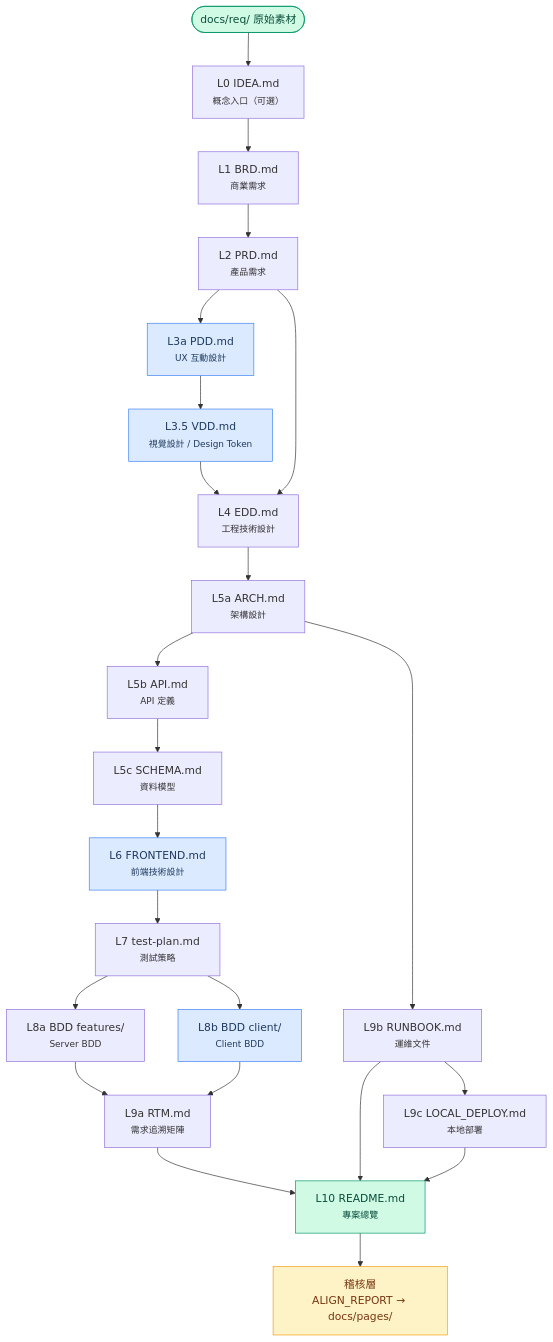
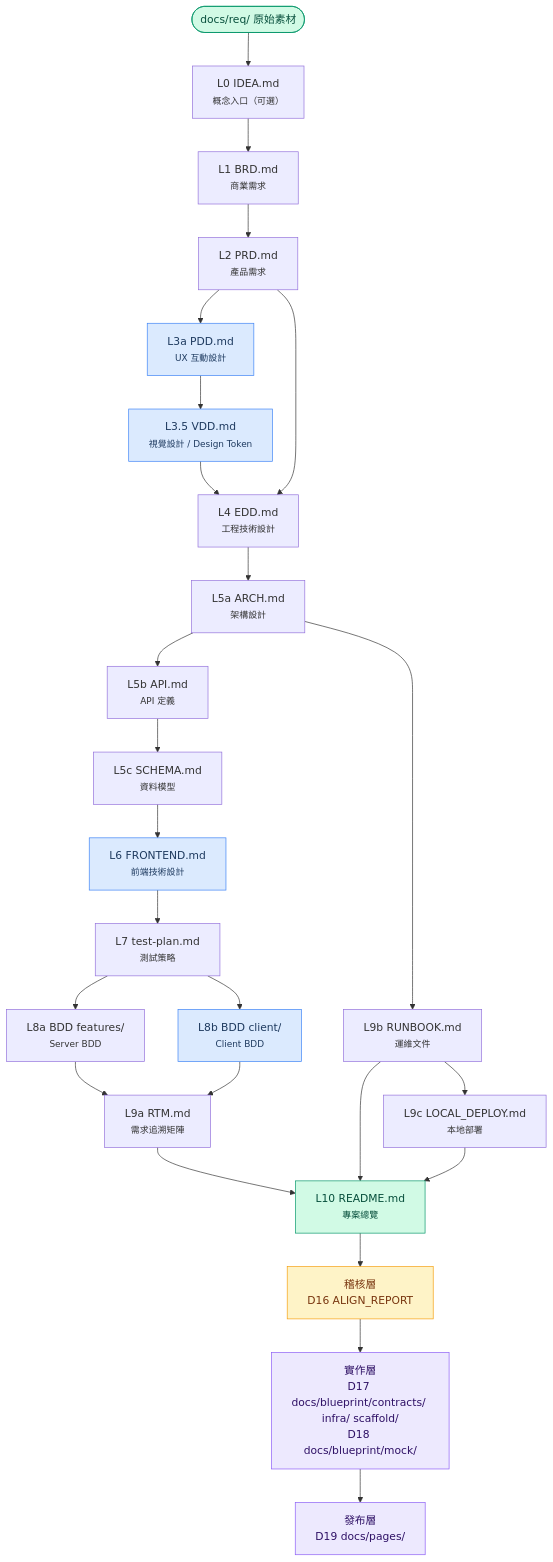
One commit to ibalasite/gendoc changed the third of 4 diagrams in docs/PRD.md. Above: the diagram before and after it, drawn with Mermaid. The commit also changed other lines of this file and 4 other files, not shown here.

First line of the commit message:
docs(gendoc): v2.1 — D17-CONTRACTS + D18-MOCK pipeline restructure

````diff
--- a/docs/PRD.md
+++ b/docs/PRD.md
@@ -509,40 +518,44 @@
 ```mermaid
 graph TD
     REQ([docs/req/ 原始素材])
     L0["L0 IDEA.md<br/><small>概念入口（可選）</small>"]
     L1["L1 BRD.md<br/><small>商業需求</small>"]
     L2["L2 PRD.md<br/><small>產品需求</small>"]
     L3a["L3a PDD.md<br/><small>UX 互動設計</small>"]
     L35["L3.5 VDD.md<br/><small>視覺設計 / Design Token</small>"]
     L4["L4 EDD.md<br/><small>工程技術設計</small>"]
     L5a["L5a ARCH.md<br/><small>架構設計</small>"]
     L5b["L5b API.md<br/><small>API 定義</small>"]
     L5c["L5c SCHEMA.md<br/><small>資料模型</small>"]
     L6["L6 FRONTEND.md<br/><small>前端技術設計</small>"]
     L7["L7 test-plan.md<br/><small>測試策略</small>"]
     L8a["L8a BDD features/<br/><small>Server BDD</small>"]
     L8b["L8b BDD client/<br/><small>Client BDD</small>"]
     L9a["L9a RTM.md<br/><small>需求追溯矩陣</small>"]
     L9b["L9b RUNBOOK.md<br/><small>運維文件</small>"]
     L9c["L9c LOCAL_DEPLOY.md<br/><small>本地部署</small>"]
     L10["L10 README.md<br/><small>專案總覽</small>"]
-    AUDIT["稽核層<br/>ALIGN_REPORT → docs/pages/"]
+    AUDIT["稽核層<br/>D16 ALIGN_REPORT"]
+    IMPL["實作層<br/>D17 docs/blueprint/contracts/ infra/ scaffold/<br/>D18 docs/blueprint/mock/"]
+    PUB["發布層<br/>D19 docs/pages/"]
 
     REQ --> L0 --> L1 --> L2
     L2 --> L3a --> L35 --> L4
     L2 --> L4
     L4 --> L5a --> L5b --> L5c --> L6 --> L7
     L7 --> L8a --> L9a
     L7 --> L8b
     L8b --> L9a
     L5a --> L9b --> L9c
     L9a & L9b & L9c --> L10
-    L10 --> AUDIT
+    L10 --> AUDIT --> IMPL --> PUB
 
     classDef cond fill:#dbeafe,stroke:#3b82f6,color:#1e3a5f
     classDef audit fill:#fef3c7,stroke:#f59e0b,color:#78350f
+    classDef impl fill:#ede9fe,stroke:#8b5cf6,color:#2e1065
     classDef io fill:#d1fae5,stroke:#059669,color:#064e3b
     class L3a,L35,L6,L8b cond
     class AUDIT audit
+    class IMPL,PUB impl
     class REQ,L10 io
 ```
````
